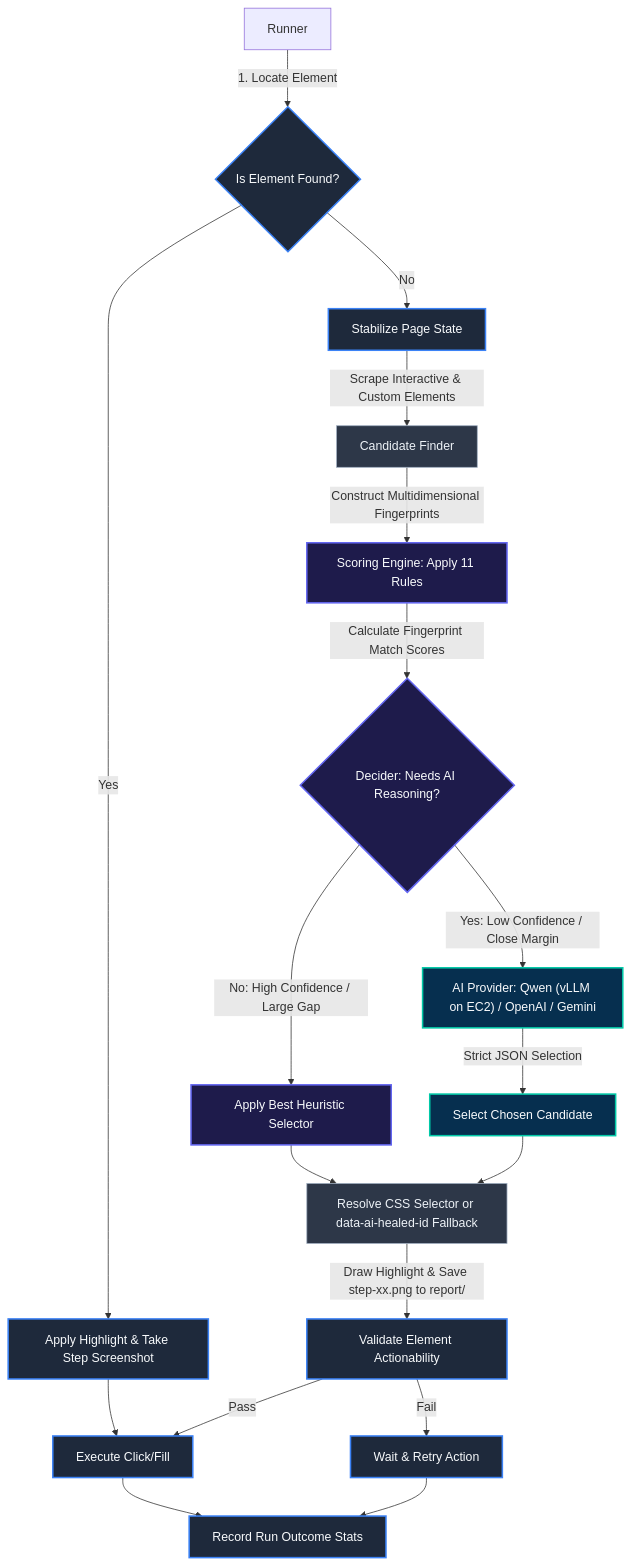
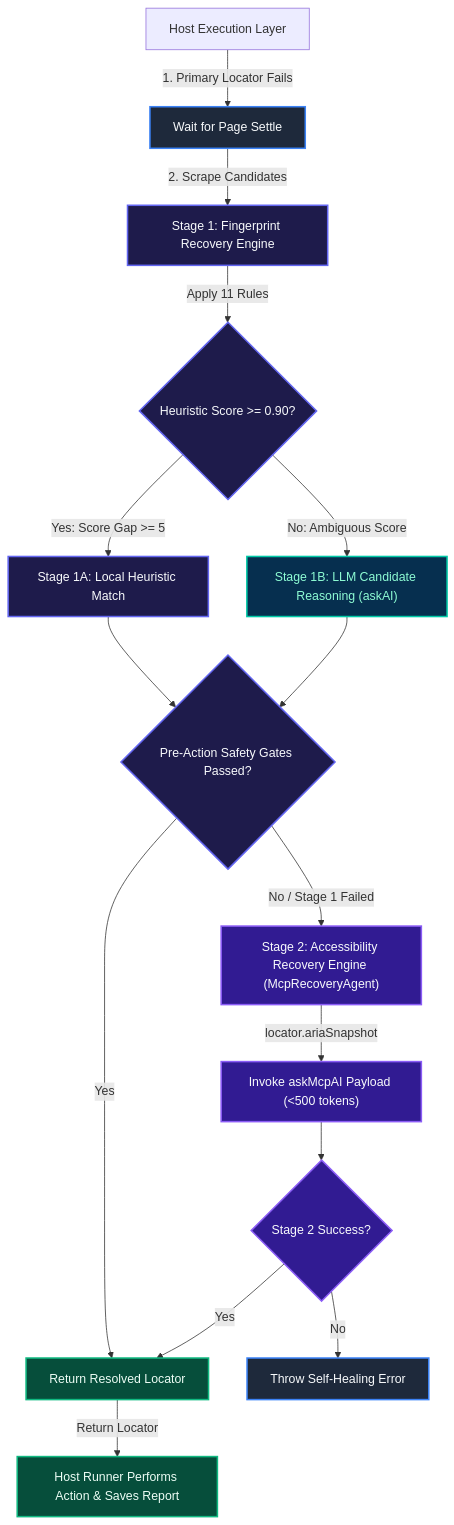
The first of 7 diagrams in docs/architecture.md (shambhoo-narwaria/reLOCATE.AI-Intelligent-Element-Recovery-Engine), drawn with Mermaid before and after one commit. The commit also changed other lines of this file and 2 other files, not shown here.

Commit message:
docs: add project-goal.md and update architecture.md to reflect 2-stage recovery model

````diff
--- a/docs/architecture.md
+++ b/docs/architecture.md
@@ -13,26 +22,24 @@
 ```mermaid
 graph TD
     %% Styling
     classDef runner fill:#1e293b,stroke:#3b82f6,stroke-width:2px,color:#f8fafc;
-    classDef engine fill:#1e1b4b,stroke:#6366f1,stroke-width:2px,color:#f8fafc;
-    classDef ai fill:#062f4f,stroke:#00c9a7,stroke-width:2px,color:#f8fafc;
-    classDef browser fill:#2d3748,stroke:#a0aec0,stroke-width:1px,color:#edf2f7;
+    classDef stage1 fill:#1e1b4b,stroke:#6366f1,stroke-width:2px,color:#f8fafc;
+    classDef ai fill:#062f4f,stroke:#00c9a7,stroke-width:2px,color:#8efcd4;
+    classDef stage2 fill:#311b92,stroke:#8b5cf6,stroke-width:2px,color:#f8fafc;
+    classDef action fill:#064e3b,stroke:#10b981,stroke-width:2px,color:#ecfdf5;
 
-    A[Runner] -->|1. Locate Element| B{Is Element Found?}:::runner
-    B -->|Yes| C[Apply Highlight & Take Step Screenshot]:::runner
-    B -->|No| D[Stabilize Page State]:::runner
-    D -->|Scrape Interactive & Custom Elements| E[Candidate Finder]:::browser
-    E -->|Construct Multidimensional Fingerprints| F[Scoring Engine: Apply 11 Rules]:::engine
-    F -->|Calculate Fingerprint Match Scores| G{Decider: Needs AI Reasoning?}:::engine
-    G -->|No: High Confidence / Large Gap| H[Apply Best Heuristic Selector]:::engine
-    G -->|Yes: Low Confidence / Close Margin| I["AI Provider: Qwen (vLLM on EC2) / OpenAI / Gemini"]:::ai
-    I -->|Strict JSON Selection| J[Select Chosen Candidate]:::ai
-    H --> K[Resolve CSS Selector or data-ai-healed-id Fallback]:::browser
-    J --> K
-    K -->|Draw Highlight & Save step-xx.png to report/| L[Validate Element Actionability]:::runner
-    C --> M[Execute Click/Fill]:::runner
-    L -->|Pass| M
-    L -->|Fail| N[Wait & Retry Action]:::runner
-    M --> O[Record Run Outcome Stats]:::runner
-    N --> O
+    A[Host Execution Layer] -->|1. Primary Locator Fails| B[Wait for Page Settle]:::runner
+    B -->|2. Scrape Candidates| C["Stage 1: Fingerprint Recovery Engine"]:::stage1
+    C -->|Apply 11 Rules| D{Heuristic Score >= 0.90?}:::stage1
+    D -->|Yes: Score Gap >= 5| E[Stage 1A: Local Heuristic Match]:::stage1
+    D -->|No: Ambiguous Score| F["Stage 1B: LLM Candidate Reasoning (askAI)"]:::ai
+    E --> G{Pre-Action Safety Gates Passed?}:::stage1
+    F --> G
+    G -->|Yes| H[Return Resolved Locator]:::action
+    G -->|No / Stage 1 Failed| I["Stage 2: Accessibility Recovery Engine (McpRecoveryAgent)"]:::stage2
+    I -->|locator.ariaSnapshot| J["Invoke askMcpAI Payload (<500 tokens)"]:::stage2
+    J --> K{Stage 2 Success?}:::stage2
+    K -->|Yes| H
+    K -->|No| L[Throw Self-Healing Error]:::runner
+    H -->|Return Locator| M[Host Runner Performs Action & Saves Report]:::action
 ```
````
